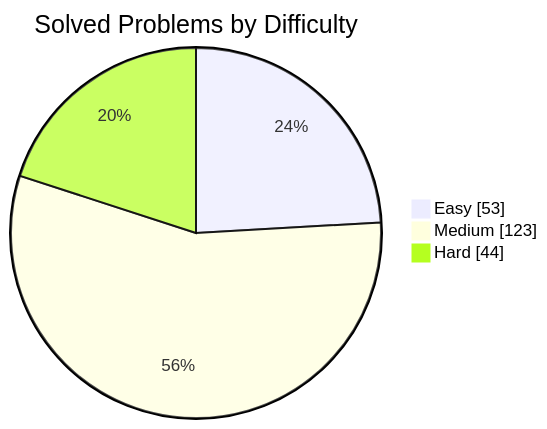
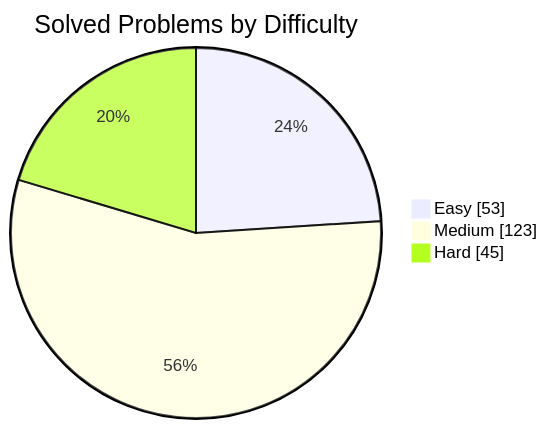
Before and after one commit to manikantbindass/DSA-Preparation-FAANG: the first of 2 diagrams in README.md, drawn with Mermaid. The commit also changed other lines of this file and 1 other file, not shown here.

````diff
--- a/README.md
+++ b/README.md
@@ -40,7 +40,7 @@
 ```mermaid
 pie showData
     title Solved Problems by Difficulty
     "Easy" : 53
     "Medium" : 123
-    "Hard" : 44
+    "Hard" : 45
 ```
````
